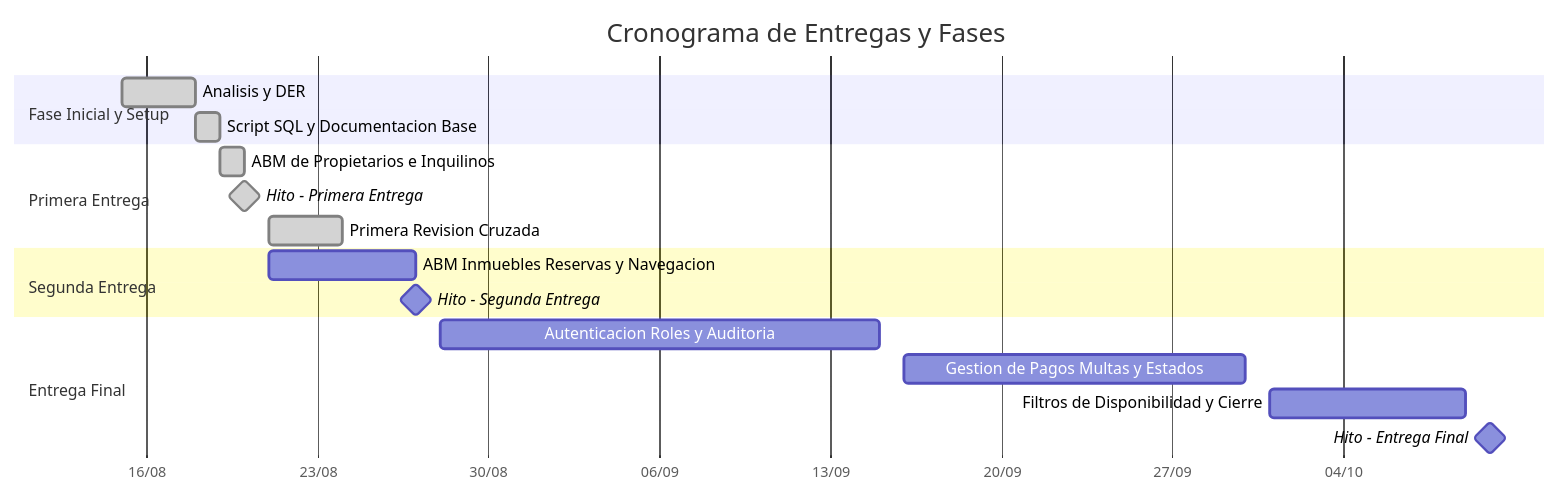
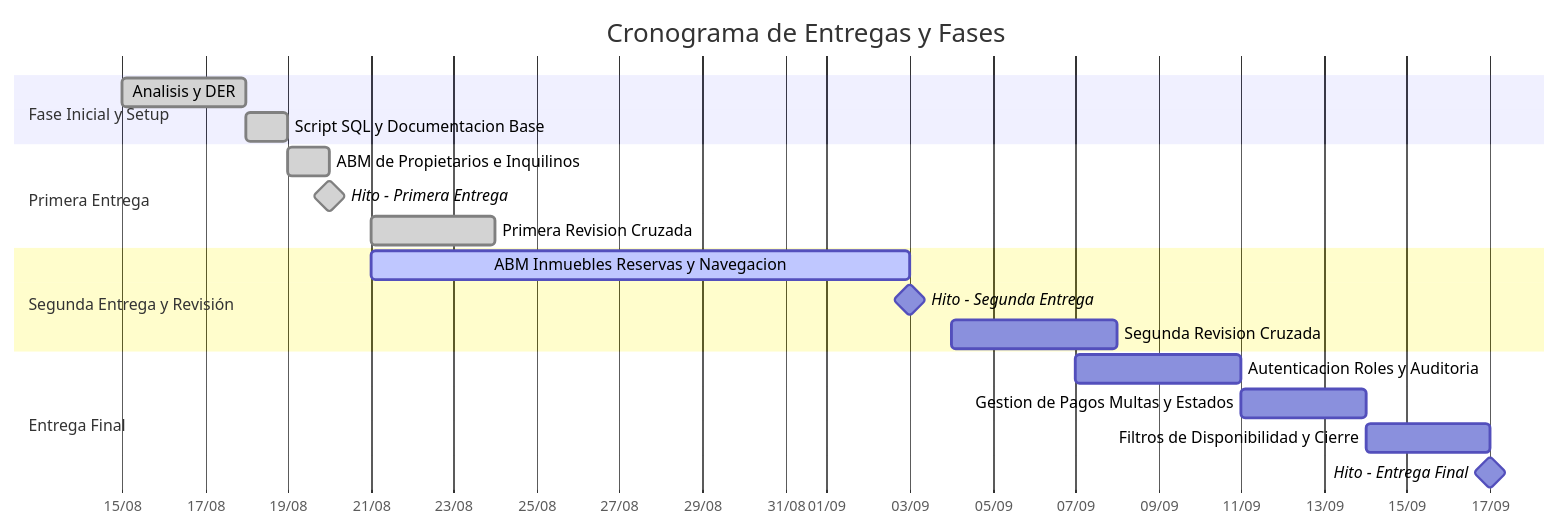
The diagram in docs/tareas/gantt.md (EmanuelAngel/inmobiliaria-angel), drawn with Mermaid before and after one commit. The commit also changed other lines of this file and 3 other files, not shown here.

````diff
--- a/docs/tareas/gantt.md
+++ b/docs/tareas/gantt.md
@@ -5,25 +5,26 @@
 ```mermaid
 gantt
     title Cronograma de Entregas y Fases
     dateFormat YYYY-MM-DD
     axisFormat %d/%m
 
     section Fase Inicial y Setup
     Analisis y DER                         :done, a1, 2026-08-15, 2026-08-18
     Script SQL y Documentacion Base        :done, a2, 2026-08-18, 2026-08-19
 
     section Primera Entrega
     ABM de Propietarios e Inquilinos       :done, pe1, 2026-08-19, 2026-08-20
     Hito - Primera Entrega                 :done, milestone, m1, 2026-08-20, 0d
     Primera Revision Cruzada               :done, rev1, 2026-08-21, 2026-08-24
 
-    section Segunda Entrega
-    ABM Inmuebles Reservas y Navegacion    :se1, 2026-08-21, 2026-08-27
-    Hito - Segunda Entrega                 :milestone, m2, 2026-08-27, 0d
+    section Segunda Entrega y Revisión
+    ABM Inmuebles Reservas y Navegacion    :active, se1, 2026-08-21, 2026-09-03
+    Hito - Segunda Entrega                 :milestone, m2, 2026-09-03, 0d
+    Segunda Revision Cruzada               :rev2, 2026-09-04, 2026-09-08
 
     section Entrega Final
-    Autenticacion Roles y Auditoria        :ef1, 2026-08-28, 2026-09-15
-    Gestion de Pagos Multas y Estados      :ef2, 2026-09-16, 2026-09-30
-    Filtros de Disponibilidad y Cierre     :ef3, 2026-10-01, 2026-10-09
-    Hito - Entrega Final                   :milestone, m3, 2026-10-10, 0d
+    Autenticacion Roles y Auditoria        :ef1, 2026-09-07, 2026-09-11
+    Gestion de Pagos Multas y Estados      :ef2, 2026-09-11, 2026-09-14
+    Filtros de Disponibilidad y Cierre     :ef3, 2026-09-14, 2026-09-17
+    Hito - Entrega Final                   :milestone, m3, 2026-09-17, 0d
 ```
````
